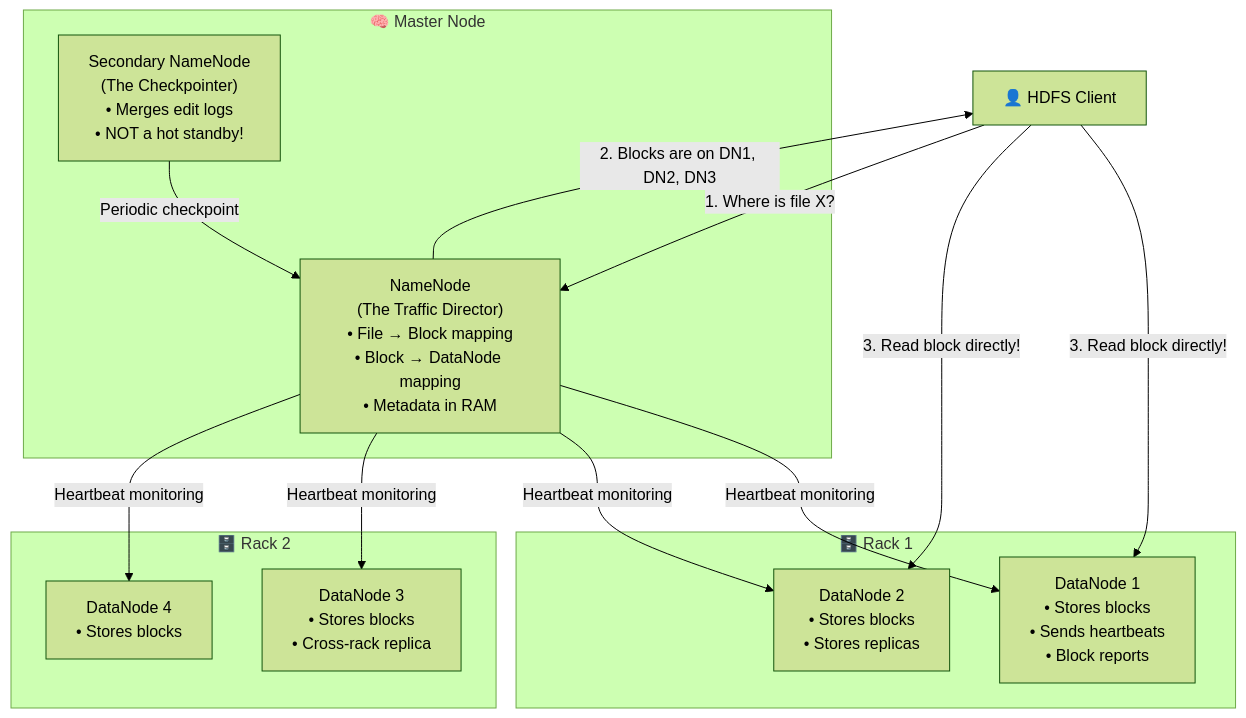
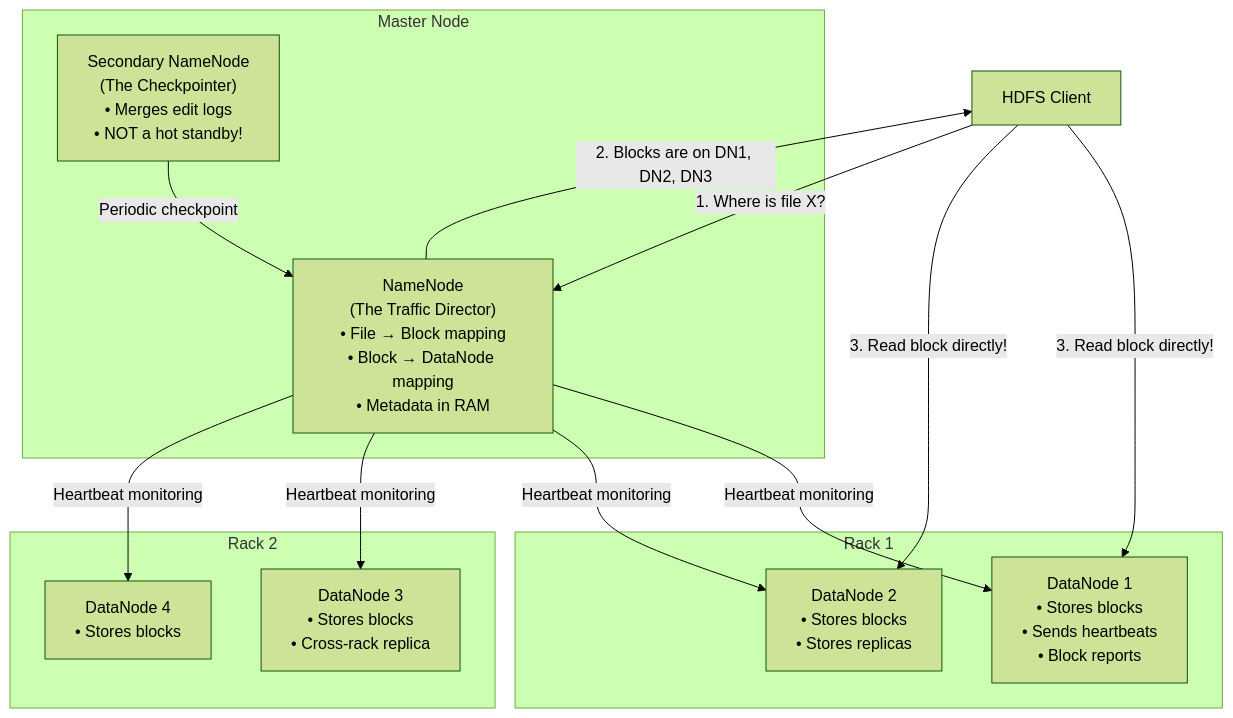
The third of 13 diagrams in UNITS/UNIT 3/unit-3-english-fun.md (NK2552003/Big-Data-Survival-Guide), drawn with Mermaid (forest theme) before and after one commit. The commit also changed other lines of this file and 78 other files, not shown here.

````diff
--- a/UNITS/UNIT 3/unit-3-english-fun.md
+++ b/UNITS/UNIT 3/unit-3-english-fun.md
@@ -227,26 +227,26 @@
 ```mermaid
 flowchart TB
-    Client["👤 HDFS Client"]
+ Client[" HDFS Client"]
 
-    subgraph Master["🧠 Master Node"]
-        NN["NameNode\n(The Traffic Director)\n• File → Block mapping\n• Block → DataNode mapping\n• Metadata in RAM"]
-        SNN["Secondary NameNode\n(The Checkpointer)\n• Merges edit logs\n• NOT a hot standby!"]
-    end
+ subgraph Master[" Master Node"]
+ NN["NameNode\n(The Traffic Director)\n• File → Block mapping\n• Block → DataNode mapping\n• Metadata in RAM"]
+ SNN["Secondary NameNode\n(The Checkpointer)\n• Merges edit logs\n• NOT a hot standby!"]
+ end
 
-    subgraph Rack1["🗄️ Rack 1"]
-        DN1["DataNode 1\n• Stores blocks\n• Sends heartbeats\n• Block reports"]
-        DN2["DataNode 2\n• Stores blocks\n• Stores replicas"]
-    end
+ subgraph Rack1[" Rack 1"]
+ DN1["DataNode 1\n• Stores blocks\n• Sends heartbeats\n• Block reports"]
+ DN2["DataNode 2\n• Stores blocks\n• Stores replicas"]
+ end
 
-    subgraph Rack2["🗄️ Rack 2"]
-        DN3["DataNode 3\n• Stores blocks\n• Cross-rack replica"]
-        DN4["DataNode 4\n• Stores blocks"]
-    end
+ subgraph Rack2[" Rack 2"]
+ DN3["DataNode 3\n• Stores blocks\n• Cross-rack replica"]
+ DN4["DataNode 4\n• Stores blocks"]
+ end
 
-    Client -->|"1. Where is file X?"| NN
-    NN -->|"2. Blocks are on DN1, DN2, DN3"| Client
-    Client -->|"3. Read block directly!"| DN1
-    Client -->|"3. Read block directly!"| DN2
-    NN -->|"Heartbeat monitoring"| DN1 & DN2 & DN3 & DN4
-    SNN -->|"Periodic checkpoint"| NN
+ Client -->|"1. Where is file X?"| NN
+ NN -->|"2. Blocks are on DN1, DN2, DN3"| Client
+ Client -->|"3. Read block directly!"| DN1
+ Client -->|"3. Read block directly!"| DN2
+ NN -->|"Heartbeat monitoring"| DN1 & DN2 & DN3 & DN4
+ SNN -->|"Periodic checkpoint"| NN
 ```
````
